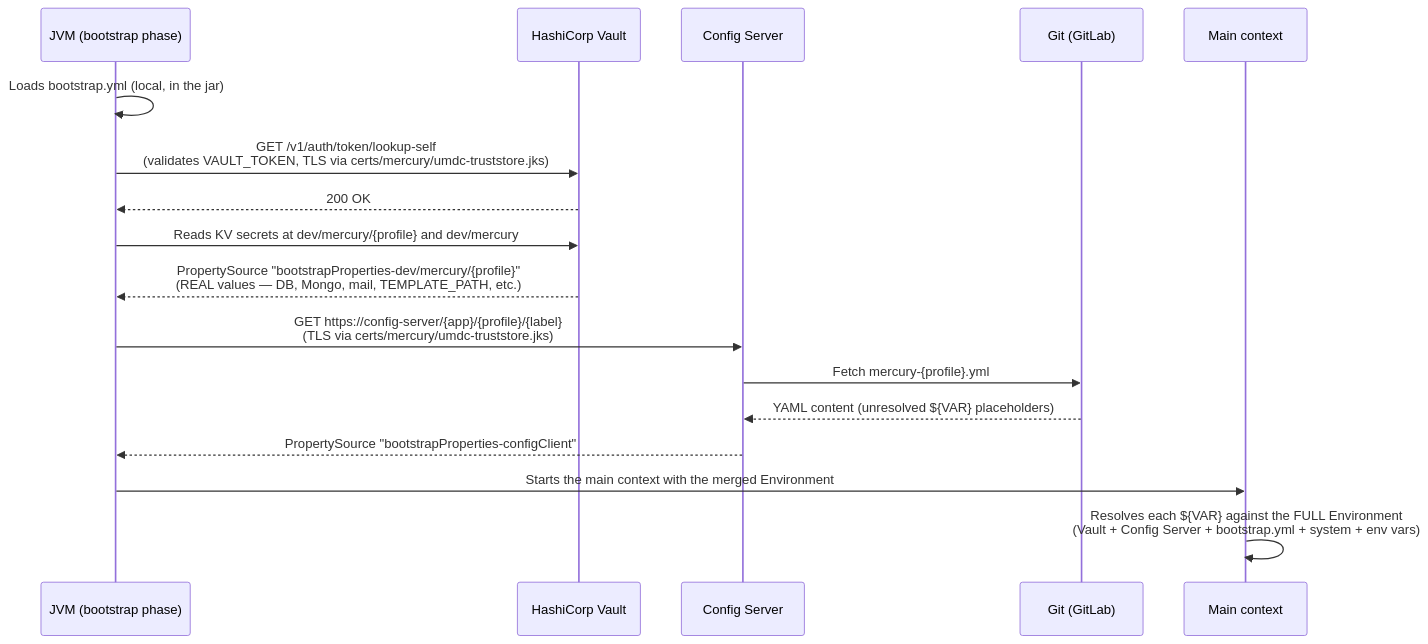
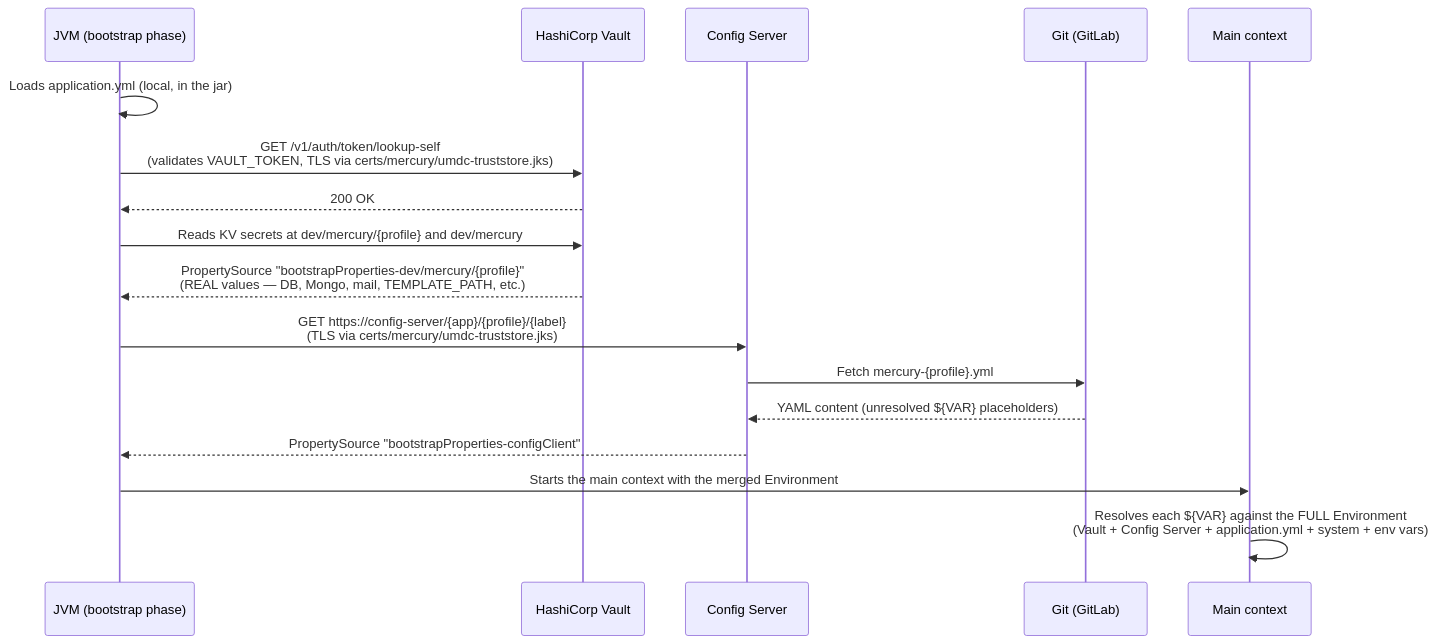
Before and after one commit to um-dev-creative/mercury: the first of 4 diagrams in docs/tec/en/05-sequence-diagrams.md, drawn with Mermaid. The commit also changed other lines of this file and 20 other files, not shown here.

````diff
--- a/docs/tec/en/05-sequence-diagrams.md
+++ b/docs/tec/en/05-sequence-diagrams.md
@@ -13,23 +16,23 @@
 ```mermaid
 sequenceDiagram
     participant JVM as JVM (bootstrap phase)
     participant Vault as HashiCorp Vault
     participant CS as Config Server
     participant Git as Git (GitLab)
     participant App as Main context
 
-    JVM->>JVM: Loads bootstrap.yml (local, in the jar)
+    JVM->>JVM: Loads application.yml (local, in the jar)
     JVM->>Vault: GET /v1/auth/token/lookup-self<br/>(validates VAULT_TOKEN, TLS via certs/mercury/umdc-truststore.jks)
     Vault-->>JVM: 200 OK
 
     JVM->>Vault: Reads KV secrets at dev/mercury/{profile} and dev/mercury
     Vault-->>JVM: PropertySource "bootstrapProperties-dev/mercury/{profile}"<br/>(REAL values — DB, Mongo, mail, TEMPLATE_PATH, etc.)
 
     JVM->>CS: GET https://config-server/{app}/{profile}/{label}<br/>(TLS via certs/mercury/umdc-truststore.jks)
     CS->>Git: Fetch mercury-{profile}.yml
     Git-->>CS: YAML content (unresolved ${VAR} placeholders)
     CS-->>JVM: PropertySource "bootstrapProperties-configClient"
 
     JVM->>App: Starts the main context with the merged Environment
-    App->>App: Resolves each ${VAR} against the FULL Environment<br/>(Vault + Config Server + bootstrap.yml + system + env vars)
+    App->>App: Resolves each ${VAR} against the FULL Environment<br/>(Vault + Config Server + application.yml + system + env vars)
 ```
````
